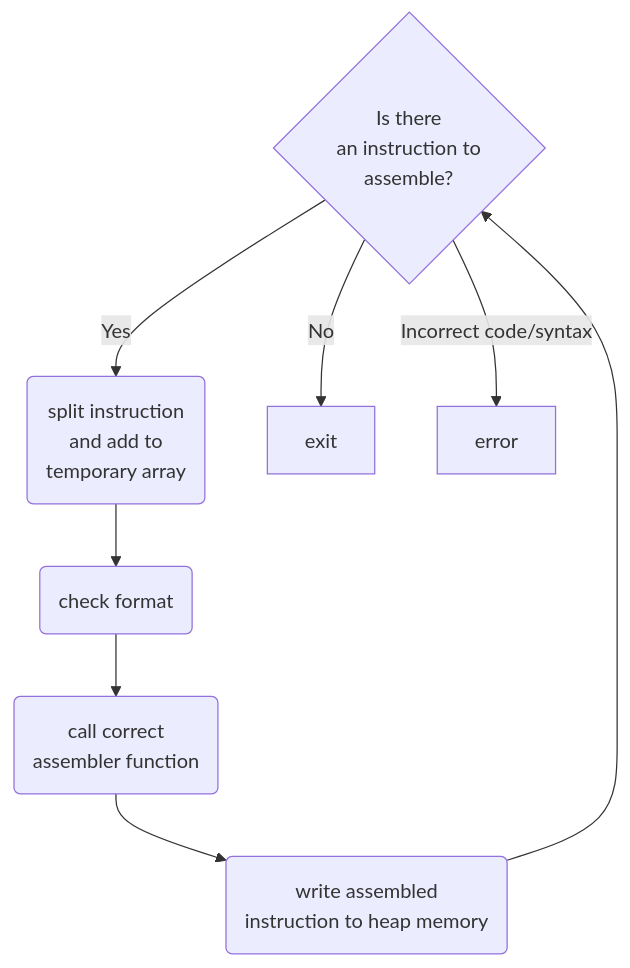
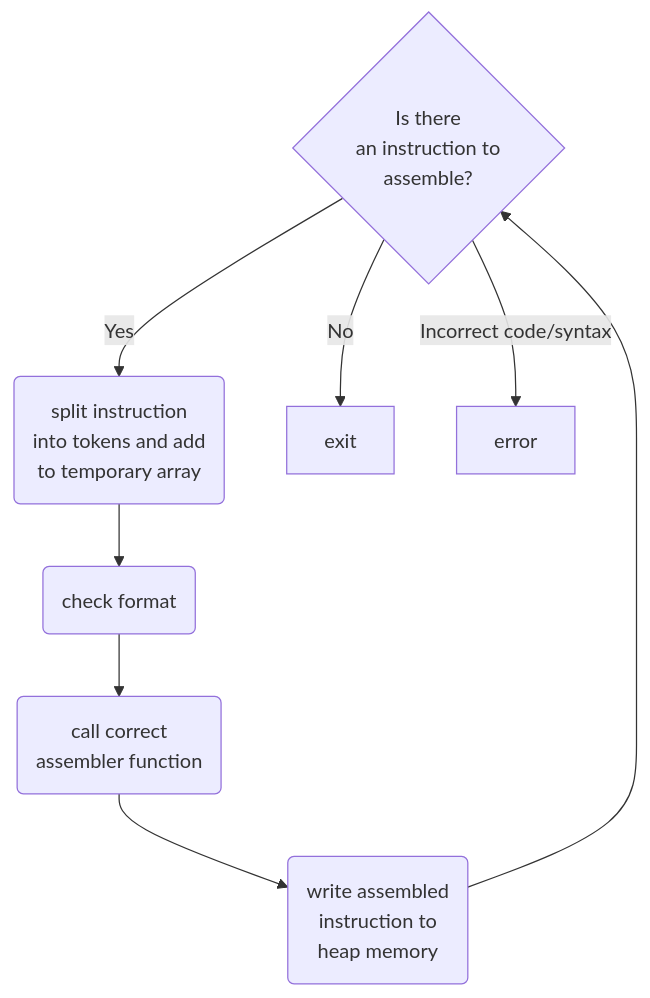
One commit to StijnVerwoerd/Risc-Verter-32 changed the diagram in README.md. Above: the diagram before and after it, drawn with Mermaid. The commit also changed other lines of this file and 25 other files, not shown here.

````diff
--- a/README.md
+++ b/README.md
@@ -22,24 +53,25 @@
 ```mermaid
 
 graph TD
 
         analyzeFile{Is there 
         an instruction to 
         assemble?}
-        split(split instruction
-        and add to
-        temporary array)
+        split(split instruction 
+        into tokens and add 
+        to temporary array)
         format(check format)
         function(call correct 
         assembler function)
         assembledFile(write assembled
-        instruction to heap memory)
+        instruction to 
+        heap memory)
 
     analyzeFile -- Yes --> split
     analyzeFile -- No --> exit
     analyzeFile -- Incorrect code/syntax --> error
     split --> format
     format --> function
     function --> assembledFile
     assembledFile --> analyzeFile
 ```
````
